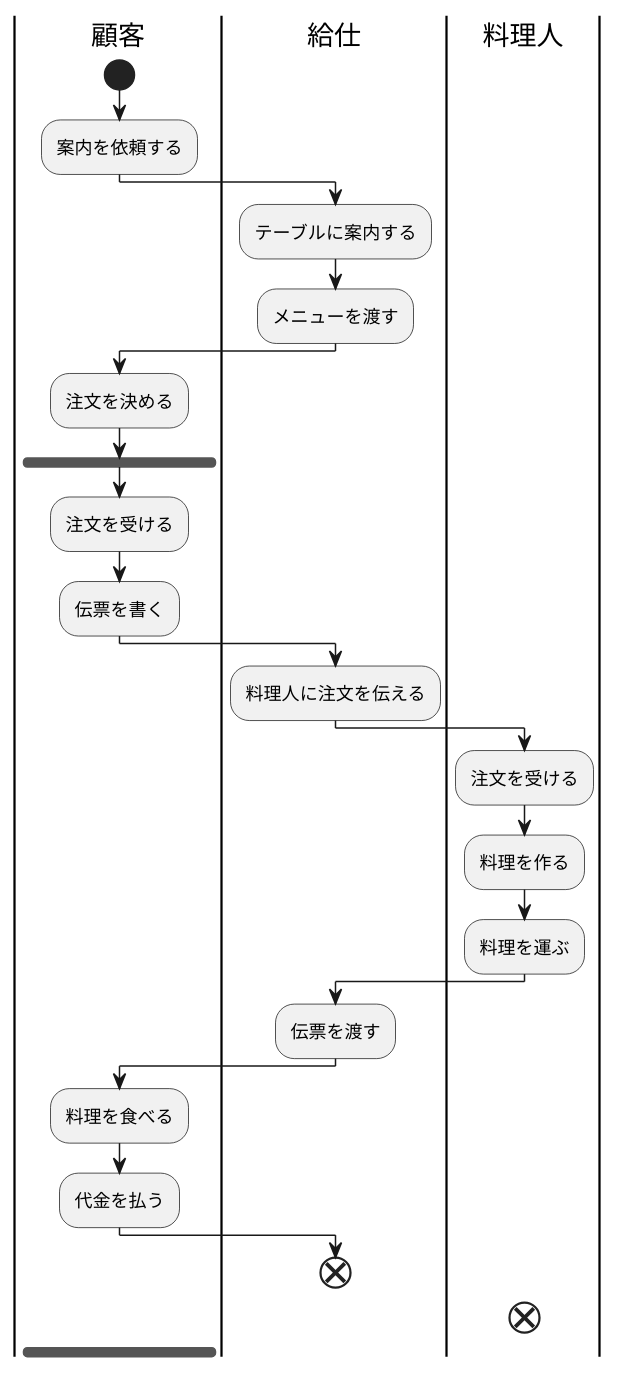
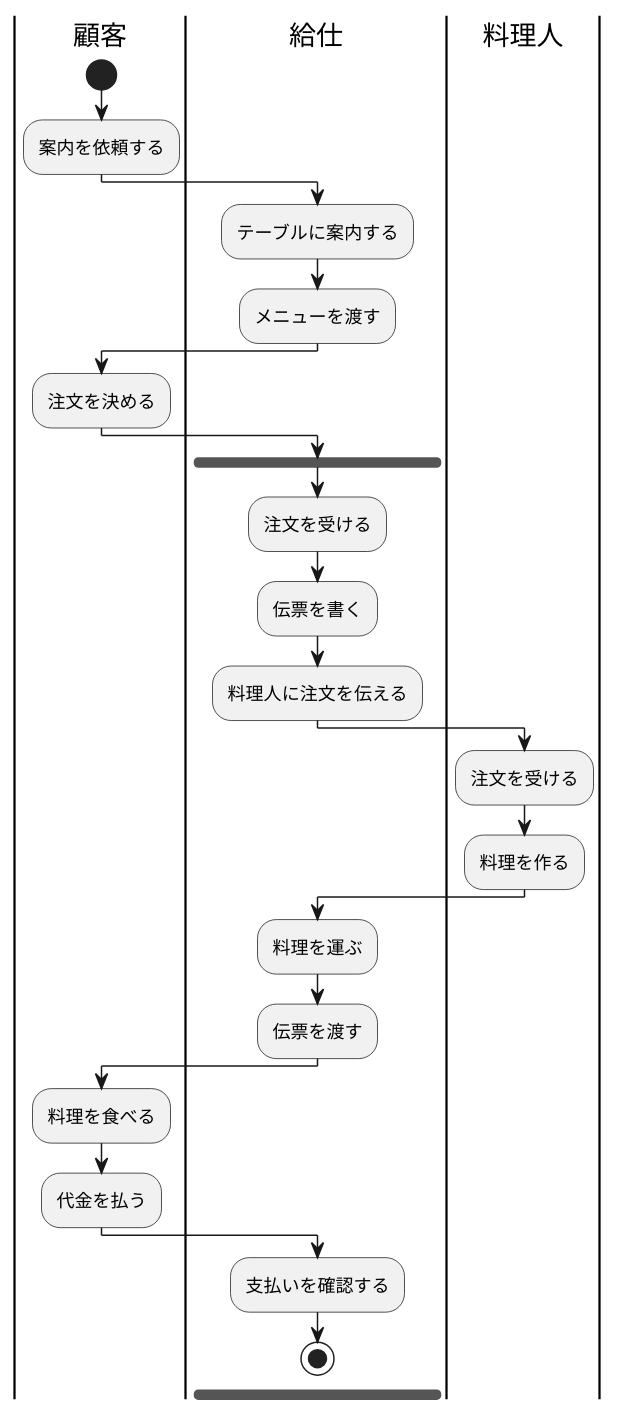
The diagram in 演習7-3_AC_レストランのアクティビティ図.pu (hinokanata/uml-introduction), drawn with PlantUML before and after one commit.

Commit message:
演習7

```diff
--- a/演習7-3_AC_レストランのアクティビティ図.pu
+++ b/演習7-3_AC_レストランのアクティビティ図.pu
@@ -1,35 +1,34 @@
 @startuml 演習7-3
 
 |顧客|
 start
 :案内を依頼する;
 |給仕|
 :テーブルに案内する;
 |給仕|
 :メニューを渡す;
 |顧客|
 :注文を決める;
-|顧客|
+|給仕|
 fork
 :注文を受ける;
-|顧客|
+|給仕|
 :伝票を書く;
 |給仕|
 :料理人に注文を伝える;
 |料理人|
 :注文を受ける;
 |料理人|
 :料理を作る;
-|料理人|
+|給仕|
 :料理を運ぶ;
-|給仕|
 :伝票を渡す;
 |顧客|
 :料理を食べる;
 |顧客|
 :代金を払う;
 |給仕|
-end
-|料理人|
-end
+:支払いを確認する;
+stop
+
 @enduml
```
